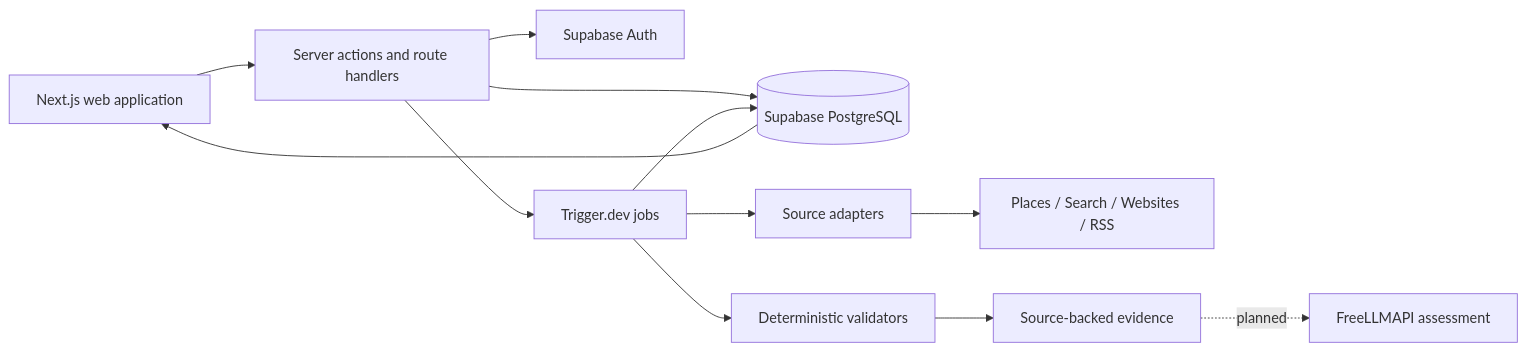
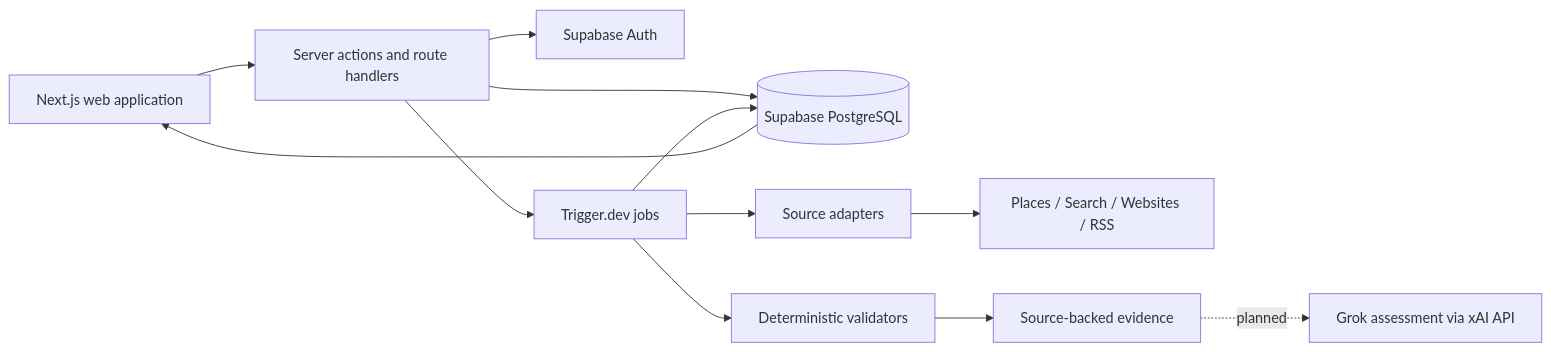
One commit to masiwalrachit/LeadGen_AP_2026 changed the third of 3 diagrams in README.md. Above: the diagram before and after it, drawn with Mermaid. The commit also changed other lines of this file and 3 other files, not shown here.

Commit message:
docs: align lead workflows and Grok architecture

````diff
--- a/README.md
+++ b/README.md
@@ -252,14 +254,14 @@
 ```mermaid
 flowchart LR
     UI[Next.js web application] --> API[Server actions and route handlers]
     API --> DB[(Supabase PostgreSQL)]
     API --> AUTH[Supabase Auth]
     API --> JOBS[Trigger.dev jobs]
     JOBS --> CONNECTORS[Source adapters]
     CONNECTORS --> SOURCES[Places / Search / Websites / RSS]
     JOBS --> VALIDATORS[Deterministic validators]
     VALIDATORS --> EVIDENCE[Source-backed evidence]
-    EVIDENCE -. planned .-> LLM[FreeLLMAPI assessment]
+    EVIDENCE -. planned .-> LLM[Grok assessment via xAI API]
     JOBS --> DB
     DB --> UI
 ```
````
